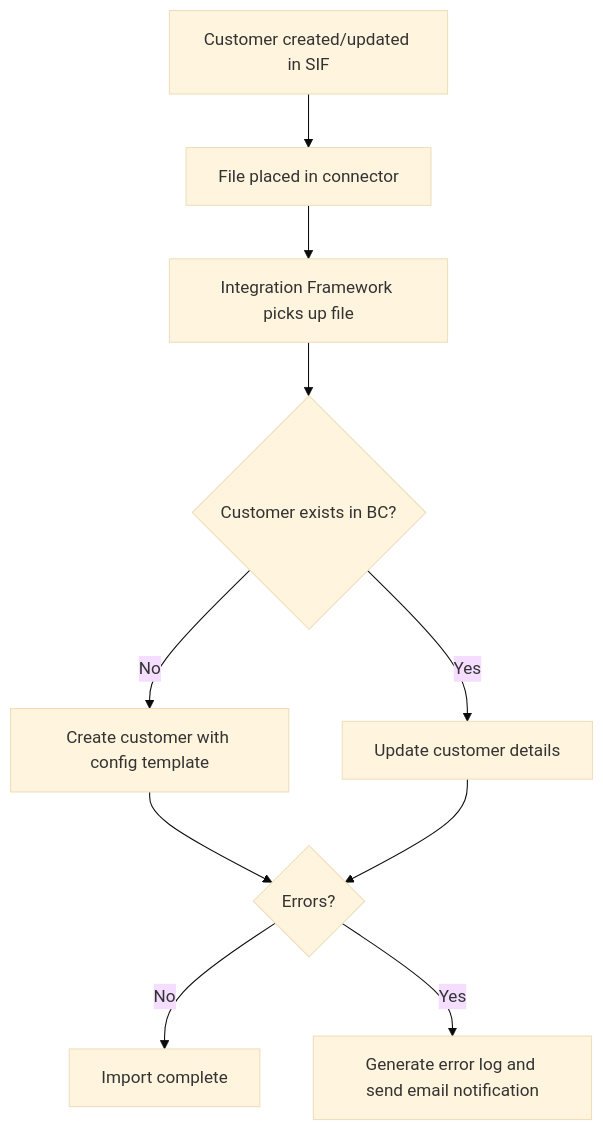
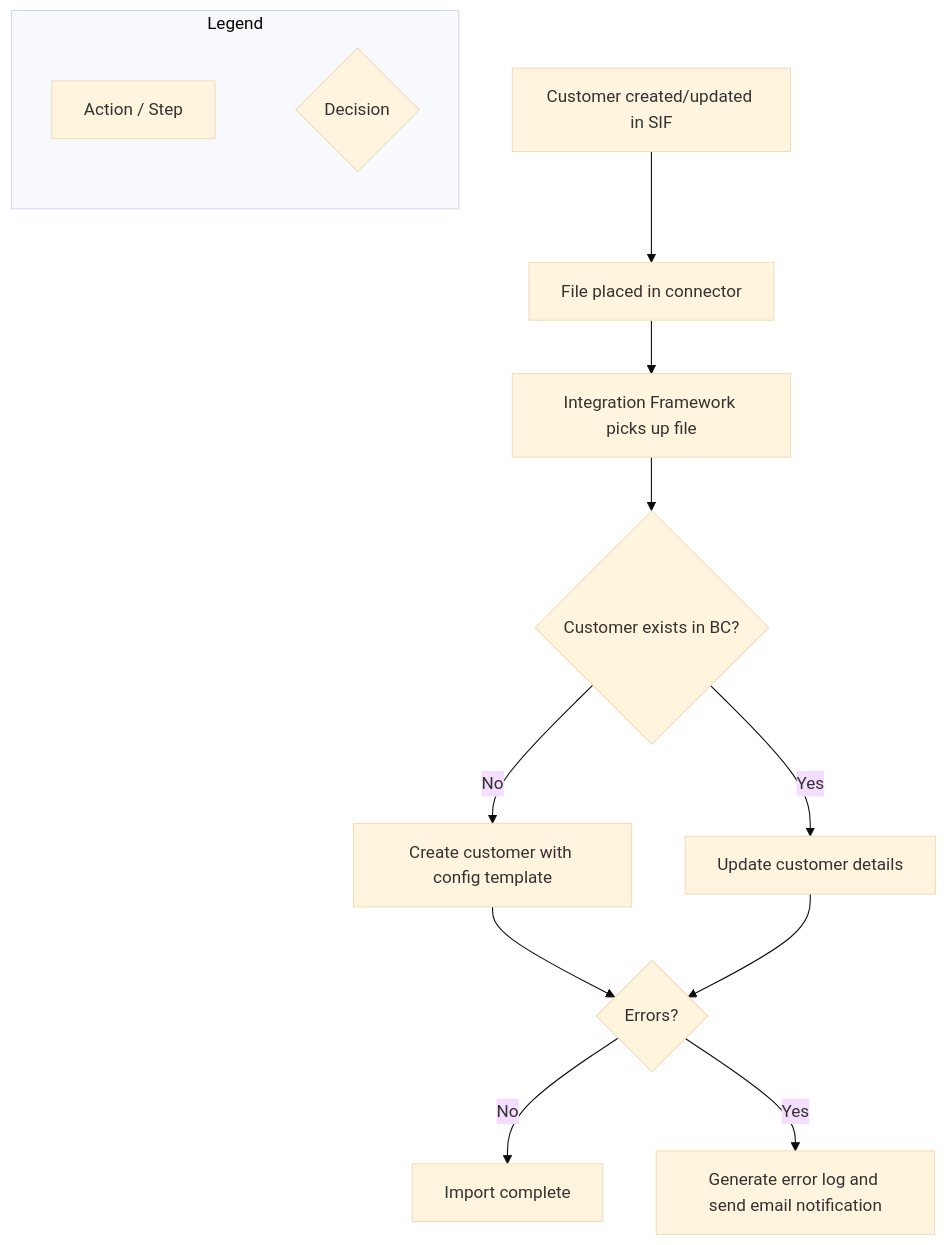
Before and after one commit to timeastman/rr_documentation: the first of 4 diagrams in docs/walkers/stay-in-front-integration-user-guide.md, drawn with Mermaid (base theme). The commit also changed other lines of this file, not shown here.

````diff
--- a/docs/walkers/stay-in-front-integration-user-guide.md
+++ b/docs/walkers/stay-in-front-integration-user-guide.md
@@ -122,12 +112,17 @@
 ```mermaid
 flowchart TD
     A[Customer created/updated in SIF] --> B[File placed in connector]
     B --> C[Integration Framework picks up file]
     C --> D{Customer exists in BC?}
     D -->|No| E[Create customer with config template]
     D -->|Yes| F[Update customer details]
     E --> G{Errors?}
     F --> G
     G -->|No| H[Import complete]
     G -->|Yes| I[Generate error log and send email notification]
+
+    subgraph Legend
+        direction LR
+        L1[Action / Step] ~~~ L2{Decision}
+    end
 ```
````
